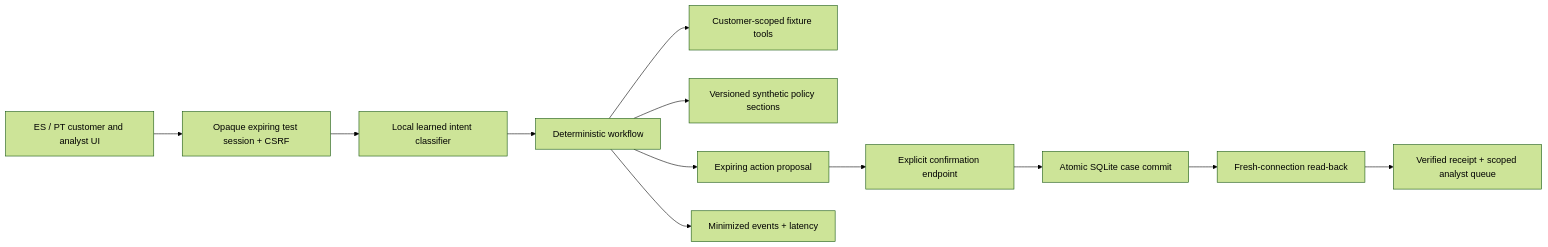
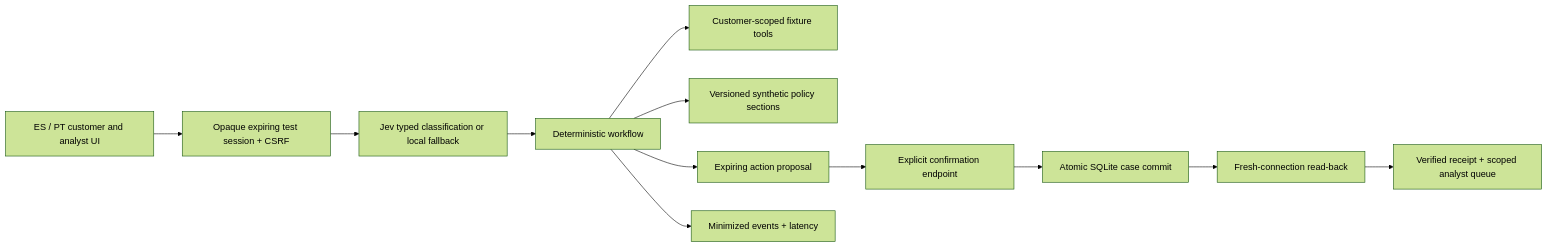
One commit to nicoceron/factored-hackathon-2026-nicoceron changed the diagram in docs/OPERATIONS.md. Above: the diagram before and after it, drawn with Mermaid (forest theme). The commit also changed other lines of this file and 42 other files, not shown here.

````diff
--- a/docs/OPERATIONS.md
+++ b/docs/OPERATIONS.md
@@ -7,14 +7,14 @@
 ```mermaid
 flowchart LR
   Browser[ES / PT customer and analyst UI] --> Session[Opaque expiring test session + CSRF]
-  Session --> Classifier[Local learned intent classifier]
+  Session --> Classifier[Jev typed classification or local fallback]
   Classifier --> Workflow[Deterministic workflow]
   Workflow --> Records[Customer-scoped fixture tools]
   Workflow --> Policies[Versioned synthetic policy sections]
   Workflow --> Proposal[Expiring action proposal]
   Proposal --> Confirmation[Explicit confirmation endpoint]
   Confirmation --> SQLite[Atomic SQLite case commit]
   SQLite --> Verify[Fresh-connection read-back]
   Verify --> Receipt[Verified receipt + scoped analyst queue]
   Workflow --> Audit[Minimized events + latency]
 ```
````
